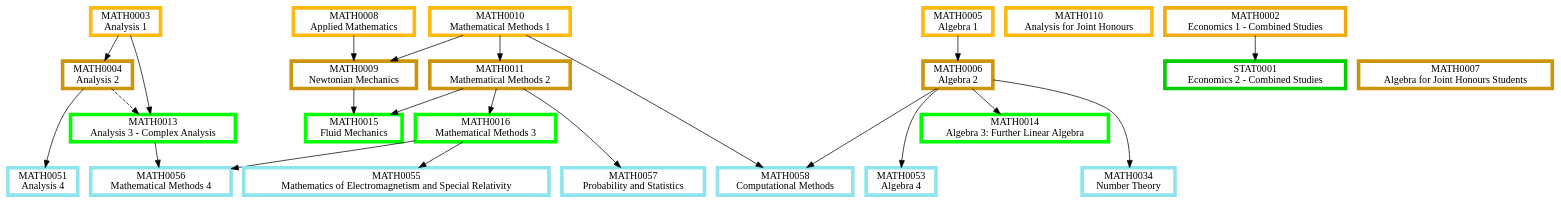
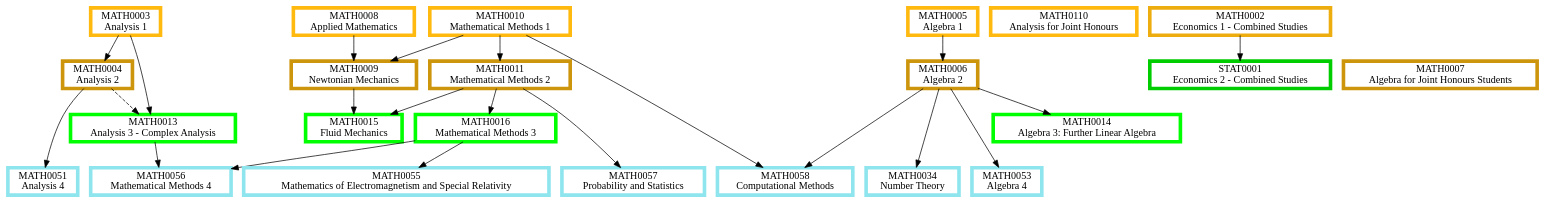
Before and after one commit to matthew-towers/pathways: the diagram in First and Second Year.dot, drawn with Graphviz. The commit also changed other lines of this file and 12 other files, not shown here.

```diff
--- a/First and Second Year.dot
+++ b/First and Second Year.dot
@@ -1,88 +1,88 @@
 digraph {
 	node [fillcolor=white penwidth=5 shape=box style="filled,bold"]
 	subgraph "1.0 1" {
 		rank=same
+		MATH0003 [label="MATH0003
+Analysis 1" color=darkgoldenrod1 href="https://www.ucl.ac.uk/maths/sites/maths/files/math0003.pdf" tooltip="Year 1, term 1"]
+		MATH0010 [label="MATH0010
+Mathematical Methods 1" color=darkgoldenrod1 href="https://www.ucl.ac.uk/maths/sites/maths/files/math0010.pdf" tooltip="Year 1, term 1"]
+		MATH0110 [label="MATH0110
+Analysis for Joint Honours" color=darkgoldenrod1 href="https://www.ucl.ac.uk/maths/sites/maths/files/math0110_1.pdf" tooltip="Year 1, term 1"]
 		MATH0008 [label="MATH0008
 Applied Mathematics" color=darkgoldenrod1 href="https://www.ucl.ac.uk/maths/sites/maths/files/math0008.pdf" tooltip="Year 1, term 1"]
 		MATH0005 [label="MATH0005
 Algebra 1" color=darkgoldenrod1 href="https://www.ucl.ac.uk/maths/sites/maths/files/math0005.pdf" tooltip="Year 1, term 1"]
-		MATH0003 [label="MATH0003
-Analysis 1" color=darkgoldenrod1 href="https://www.ucl.ac.uk/maths/sites/maths/files/math0003.pdf" tooltip="Year 1, term 1"]
-		MATH0110 [label="MATH0110
-Analysis for Joint Honours" color=darkgoldenrod1 href="https://www.ucl.ac.uk/maths/sites/maths/files/math0110_1.pdf" tooltip="Year 1, term 1"]
-		MATH0010 [label="MATH0010
-Mathematical Methods 1" color=darkgoldenrod1 href="https://www.ucl.ac.uk/maths/sites/maths/files/math0010.pdf" tooltip="Year 1, term 1"]
 	}
 	subgraph "1.0 1.5" {
 		rank=same
 		MATH0002 [label="MATH0002
 Economics 1 - Combined Studies" color=darkgoldenrod2 href="https://www.ucl.ac.uk/maths/sites/maths/files/math0002.pdf" tooltip="Year 1, term 1 and 2"]
 	}
-	MATH0005 -> MATH0006
 	MATH0010 -> MATH0011
+	MATH0003 -> MATH0004
 	MATH0008 -> MATH0009
 	MATH0010 -> MATH0009
-	MATH0003 -> MATH0004
+	MATH0005 -> MATH0006
 	subgraph "1.0 2" {
 		rank=same
-		MATH0006 [label="MATH0006
-Algebra 2" color=darkgoldenrod3 href="https://www.ucl.ac.uk/maths/sites/maths/files/math0006.pdf" tooltip="Year 1, term 2"]
 		MATH0011 [label="MATH0011
 Mathematical Methods 2" color=darkgoldenrod3 href="https://www.ucl.ac.uk/maths/sites/maths/files/math0011_2.pdf" tooltip="Year 1, term 2"]
-		MATH0009 [label="MATH0009
-Newtonian Mechanics" color=darkgoldenrod3 href="https://www.ucl.ac.uk/maths/sites/maths/files/math0009.pdf" tooltip="Year 1, term 2"]
 		MATH0004 [label="MATH0004
 Analysis 2" color=darkgoldenrod3 href="https://www.ucl.ac.uk/maths/sites/maths/files/math0004.pdf" tooltip="Year 1, term 2"]
 		MATH0007 [label="MATH0007
 Algebra for Joint Honours Students" color=darkgoldenrod3 href="https://www.ucl.ac.uk/maths/sites/maths/files/math0007.pdf" tooltip="Year 1, term 2"]
+		MATH0009 [label="MATH0009
+Newtonian Mechanics" color=darkgoldenrod3 href="https://www.ucl.ac.uk/maths/sites/maths/files/math0009.pdf" tooltip="Year 1, term 2"]
+		MATH0006 [label="MATH0006
+Algebra 2" color=darkgoldenrod3 href="https://www.ucl.ac.uk/maths/sites/maths/files/math0006.pdf" tooltip="Year 1, term 2"]
 	}
 	MATH0011 -> MATH0016
 	MATH0006 -> MATH0014
 	MATH0011 -> MATH0015
 	MATH0009 -> MATH0015
 	MATH0003 -> MATH0013
 	MATH0004 -> MATH0013 [style=dashed]
 	subgraph "2 1" {
 		rank=same
 		MATH0016 [label="MATH0016
 Mathematical Methods 3" color=green1 href="https://www.ucl.ac.uk/maths/sites/maths/files/math0016.pdf" tooltip="Year 2, term 1"]
 		MATH0014 [label="MATH0014
 Algebra 3: Further Linear Algebra" color=green1 href="https://www.ucl.ac.uk/maths/sites/maths/files/math0014.pdf" tooltip="Year 2, term 1"]
 		MATH0015 [label="MATH0015
 Fluid Mechanics" color=green1 href="https://www.ucl.ac.uk/maths/sites/maths/files/math0015.pdf" tooltip="Year 2, term 1"]
 		MATH0013 [label="MATH0013
 Analysis 3 - Complex Analysis" color=green1 href="https://www.ucl.ac.uk/maths/sites/maths/files/math0013.pdf" tooltip="Year 2, term 1"]
 	}
 	MATH0002 -> STAT0001
 	subgraph "2 1.5" {
 		rank=same
 		STAT0001 [label="STAT0001
 Economics 2 - Combined Studies" color=green3 href="https://www.ucl.ac.uk/maths/sites/maths/files/stat0001.pdf" tooltip="Year 2, term 1 and 2"]
 	}
+	MATH0004 -> MATH0051
+	MATH0006 -> MATH0034
 	MATH0006 -> MATH0053
+	MATH0013 -> MATH0056
+	MATH0016 -> MATH0056
 	MATH0011 -> MATH0057
 	MATH0010 -> MATH0058
 	MATH0006 -> MATH0058
-	MATH0006 -> MATH0034
-	MATH0004 -> MATH0051
-	MATH0013 -> MATH0056
-	MATH0016 -> MATH0056
 	MATH0016 -> MATH0055
 	subgraph "2.5 2" {
 		rank=same
+		MATH0051 [label="MATH0051
+Analysis 4" color=cadetblue2 href="https://www.ucl.ac.uk/maths/sites/maths/files/math0051.pdf" tooltip="Year 2 or 3, term 2"]
+		MATH0034 [label="MATH0034
+Number Theory" color=cadetblue2 href="https://www.ucl.ac.uk/maths/sites/maths/files/math0034.pdf" tooltip="Year 2 or 3, term 2"]
 		MATH0053 [label="MATH0053
 Algebra 4" color=cadetblue2 href="https://www.ucl.ac.uk/maths/sites/maths/files/math0053.pdf" tooltip="Year 2 or 3, term 2"]
+		MATH0056 [label="MATH0056
+Mathematical Methods 4" color=cadetblue2 href="https://www.ucl.ac.uk/maths/sites/maths/files/math0056.pdf" tooltip="Year 2 or 3, term 2"]
 		MATH0057 [label="MATH0057
 Probability and Statistics" color=cadetblue2 href="https://www.ucl.ac.uk/maths/sites/maths/files/math0057.pdf" tooltip="Year 2 or 3, term 2"]
 		MATH0058 [label="MATH0058
 Computational Methods" color=cadetblue2 href="https://www.ucl.ac.uk/maths/sites/maths/files/math0058.pdf" tooltip="Year 2 or 3, term 2"]
-		MATH0034 [label="MATH0034
-Number Theory" color=cadetblue2 href="https://www.ucl.ac.uk/maths/sites/maths/files/math0034.pdf" tooltip="Year 2 or 3, term 2"]
-		MATH0051 [label="MATH0051
-Analysis 4" color=cadetblue2 href="https://www.ucl.ac.uk/maths/sites/maths/files/math0051.pdf" tooltip="Year 2 or 3, term 2"]
-		MATH0056 [label="MATH0056
-Mathematical Methods 4" color=cadetblue2 href="https://www.ucl.ac.uk/maths/sites/maths/files/math0056.pdf" tooltip="Year 2 or 3, term 2"]
 		MATH0055 [label="MATH0055
 Mathematics of Electromagnetism and Special Relativity" color=cadetblue2 href="https://www.ucl.ac.uk/maths/sites/maths/files/math0055_3.pdf" tooltip="Year 2 or 3, term 2"]
 	}
 }
```
